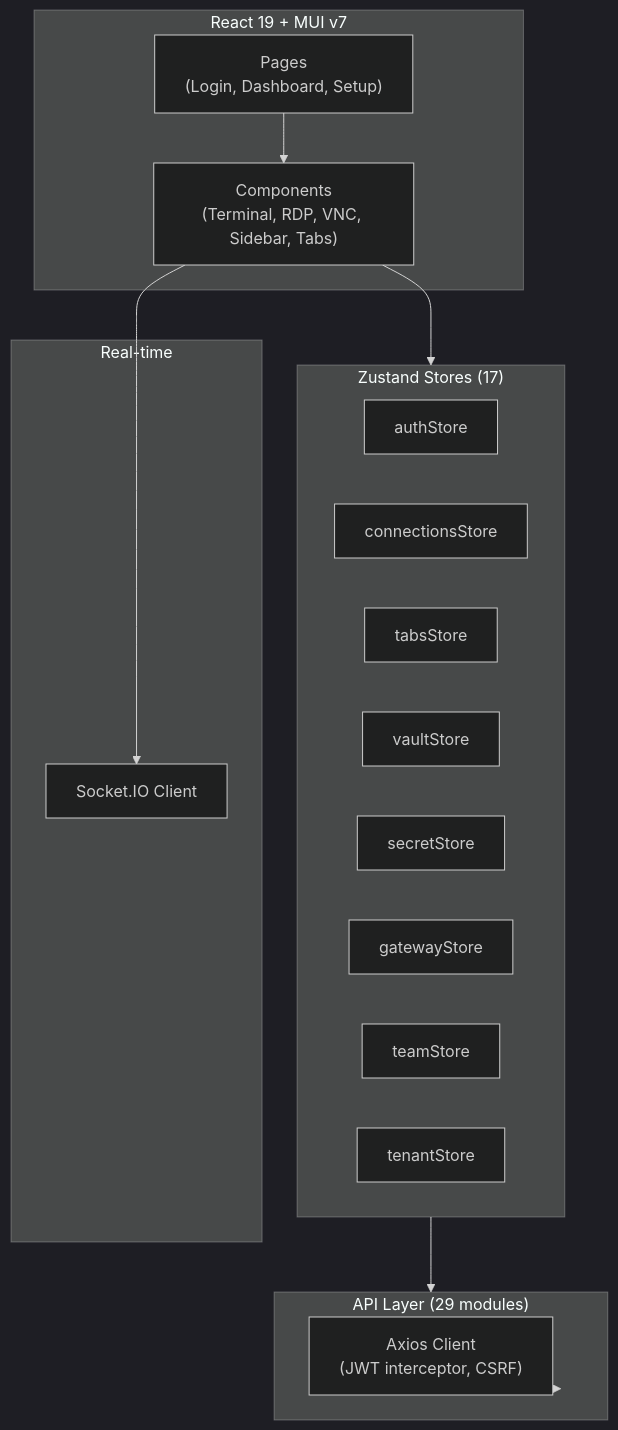
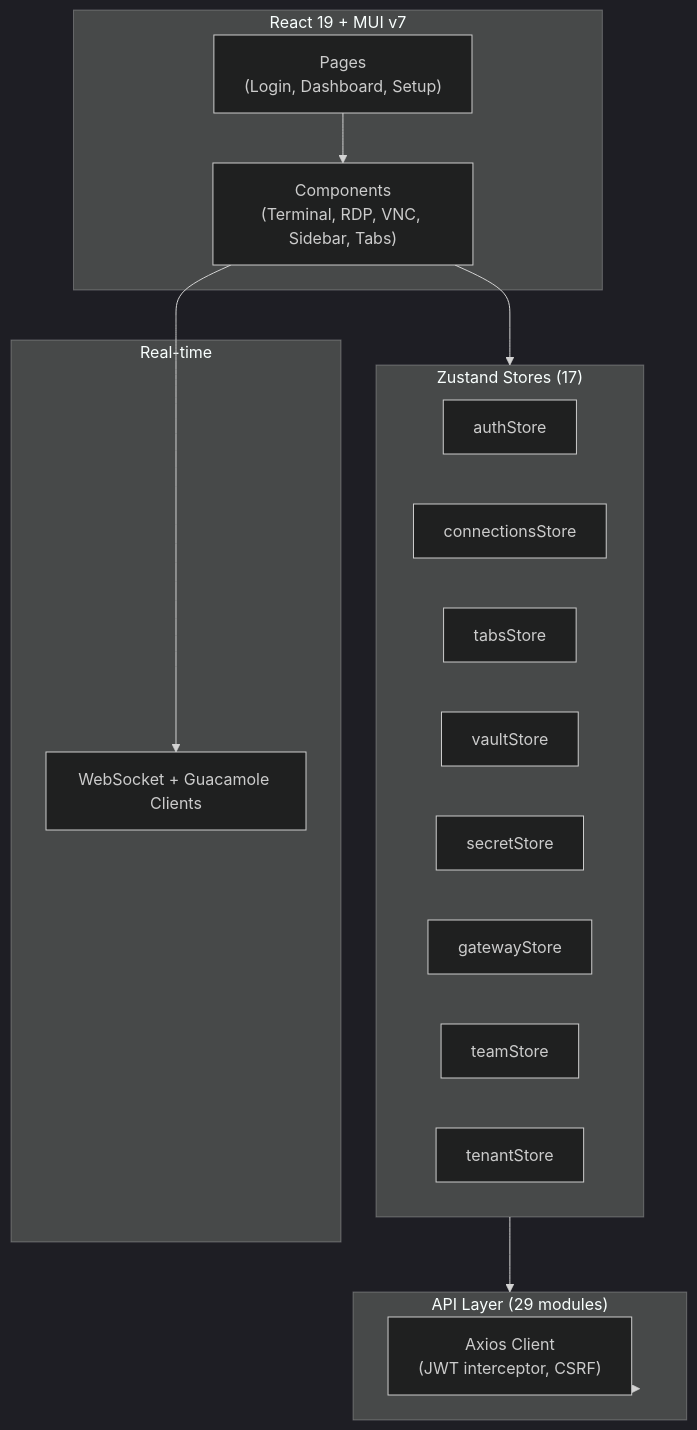
Before and after one commit to dnviti/arsenale: diagram 11 of 11 in docs/architecture.md, drawn with Mermaid (dark theme). The commit also changed other lines of this file and 300 other files, not shown here.

````diff
--- a/docs/architecture.md
+++ b/docs/architecture.md
@@ -381,32 +375,32 @@
 ```mermaid
 flowchart TD
     subgraph UI["React 19 + MUI v7"]
         Pages["Pages\n(Login, Dashboard, Setup)"]
         Components["Components\n(Terminal, RDP, VNC, Sidebar, Tabs)"]
     end
 
     subgraph State["Zustand Stores (17)"]
         Auth["authStore"]
         Connections["connectionsStore"]
         Tabs["tabsStore"]
         Vault["vaultStore"]
         Secrets["secretStore"]
         Gateway["gatewayStore"]
         Teams["teamStore"]
         Tenant["tenantStore"]
     end
 
     subgraph API["API Layer (29 modules)"]
         Client["Axios Client\n(JWT interceptor, CSRF)"]
     end
 
     subgraph Realtime["Real-time"]
-        SIO["Socket.IO Client"]
+        WS["WebSocket + Guacamole Clients"]
     end
 
     Pages --> Components
     Components --> State
     State --> API
     API --> Client
-    Components --> SIO
+    Components --> WS
 ```
````
